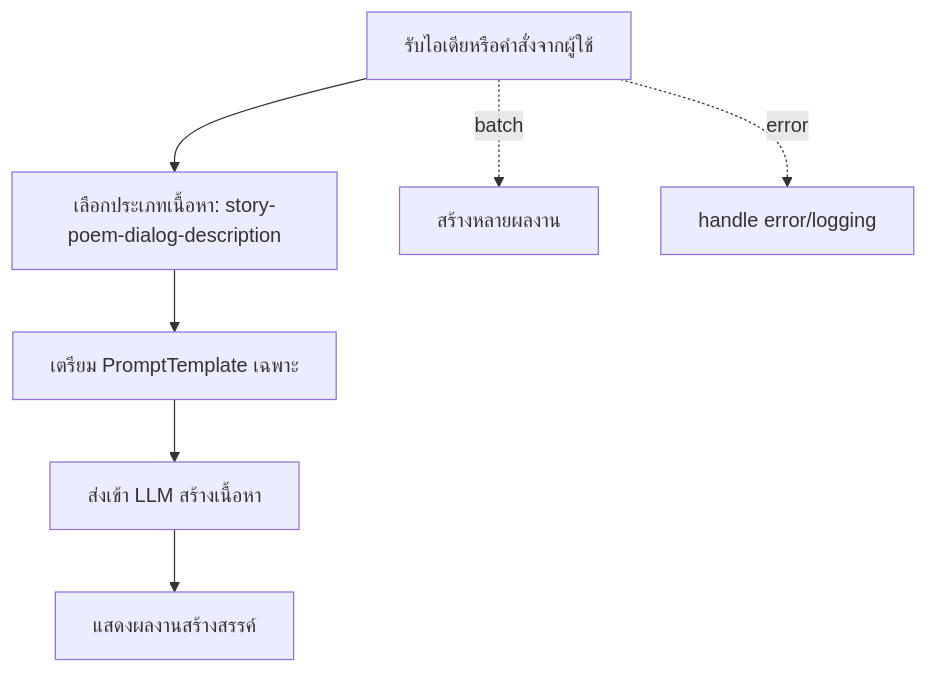
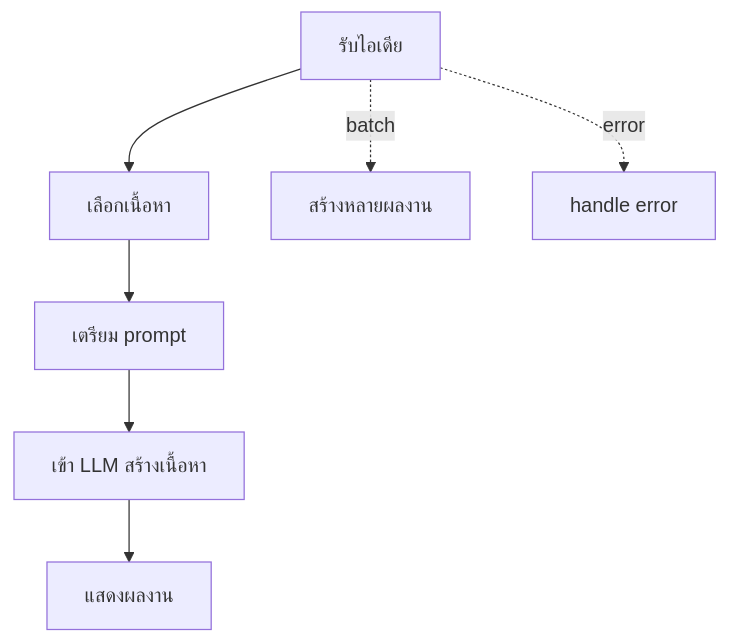
One commit to JonusNattapong/LangChainOllama changed diagram 13 of 16 in README.md. Above: the diagram before and after it, drawn with Mermaid. The commit also changed other lines of this file, not shown here.

Commit message:
refactor: Simplify and clarify flow diagrams in README for better readability

````diff
--- a/README.md
+++ b/README.md
@@ -499,9 +499,9 @@
 ```mermaid
 graph TD
-    A[รับไอเดียหรือคำสั่งจากผู้ใช้] --> B[เลือกประเภทเนื้อหา: story-poem-dialog-description]
-    B --> C[เตรียม PromptTemplate เฉพาะ]
-    C --> D[ส่งเข้า LLM สร้างเนื้อหา]
-    D --> E[แสดงผลงานสร้างสรรค์]
+    A[รับไอเดีย] --> B[เลือกเนื้อหา]
+    B --> C[เตรียม prompt]
+    C --> D[เข้า LLM สร้างเนื้อหา]
+    D --> E[แสดงผลงาน]
     A -. batch .-> F[สร้างหลายผลงาน]
-    A -. error .-> G[handle error/logging]
+    A -. error .-> G[handle error]
 ```
````
